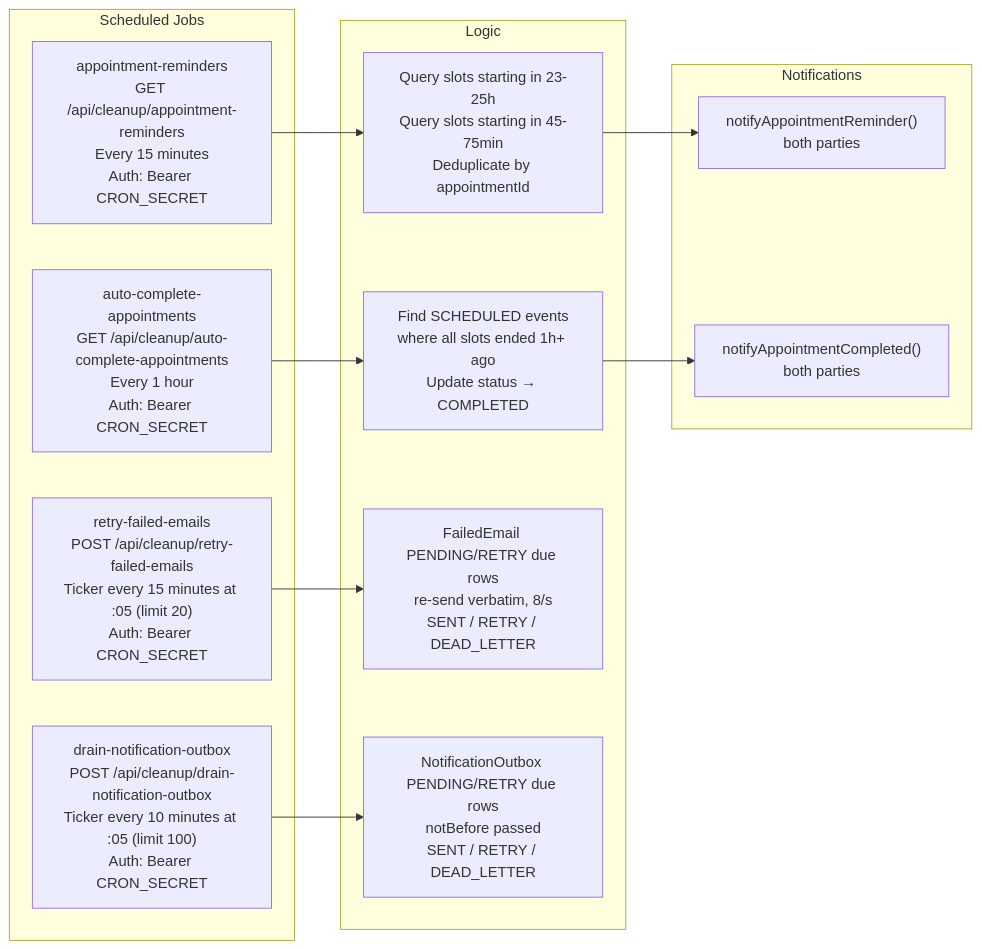
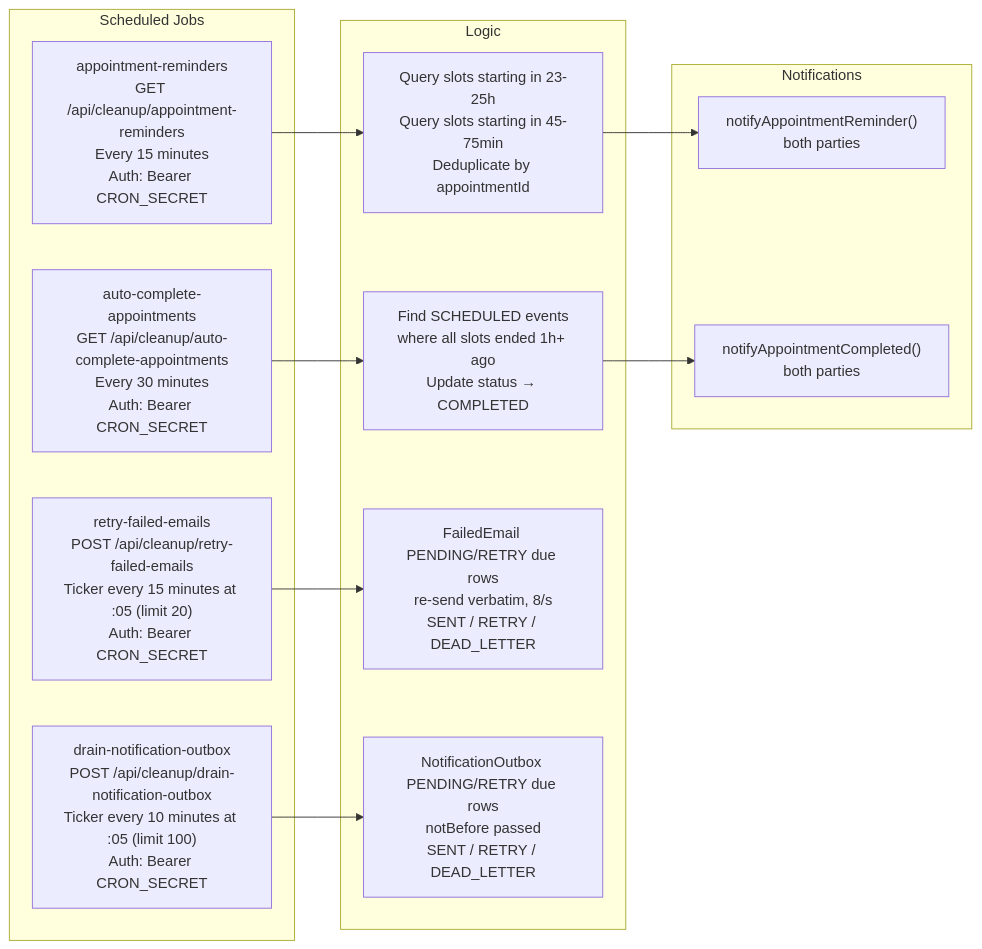
One commit to Practitionist/familiarise_web changed the fifth of 5 diagrams in docs/notifications/04-ecosystem-architecture.md. Above: the diagram before and after it, drawn with Mermaid. The commit also changed other lines of this file and 18 other files, not shown here.

````diff
--- a/docs/notifications/04-ecosystem-architecture.md
+++ b/docs/notifications/04-ecosystem-architecture.md
@@ -406,26 +384,26 @@
 ```mermaid
 flowchart LR
     subgraph CRONS["Scheduled Jobs"]
         C1["appointment-reminders\nGET /api/cleanup/appointment-reminders\nEvery 15 minutes\nAuth: Bearer CRON_SECRET"]
-        C2["auto-complete-appointments\nGET /api/cleanup/auto-complete-appointments\nEvery 1 hour\nAuth: Bearer CRON_SECRET"]
+        C2["auto-complete-appointments\nGET /api/cleanup/auto-complete-appointments\nEvery 30 minutes\nAuth: Bearer CRON_SECRET"]
         C3["retry-failed-emails\nPOST /api/cleanup/retry-failed-emails\nTicker every 15 minutes at :05 (limit 20)\nAuth: Bearer CRON_SECRET"]
         C4["drain-notification-outbox\nPOST /api/cleanup/drain-notification-outbox\nTicker every 10 minutes at :05 (limit 100)\nAuth: Bearer CRON_SECRET"]
     end
 
     subgraph LOGIC["Logic"]
         L1["Query slots starting in 23-25h\nQuery slots starting in 45-75min\nDeduplicate by appointmentId"]
         L2["Find SCHEDULED events\nwhere all slots ended 1h+ ago\nUpdate status → COMPLETED"]
         L3["FailedEmail PENDING/RETRY due rows\nre-send verbatim, 8/s\nSENT / RETRY / DEAD_LETTER"]
         L4["NotificationOutbox PENDING/RETRY due rows\nnotBefore passed\nSENT / RETRY / DEAD_LETTER"]
     end
 
     subgraph NOTIFY["Notifications"]
         N1["notifyAppointmentReminder()\nboth parties"]
         N2["notifyAppointmentCompleted()\nboth parties"]
     end
 
     C1 --> L1 --> N1
     C2 --> L2 --> N2
     C3 --> L3
     C4 --> L4
 ```
````
